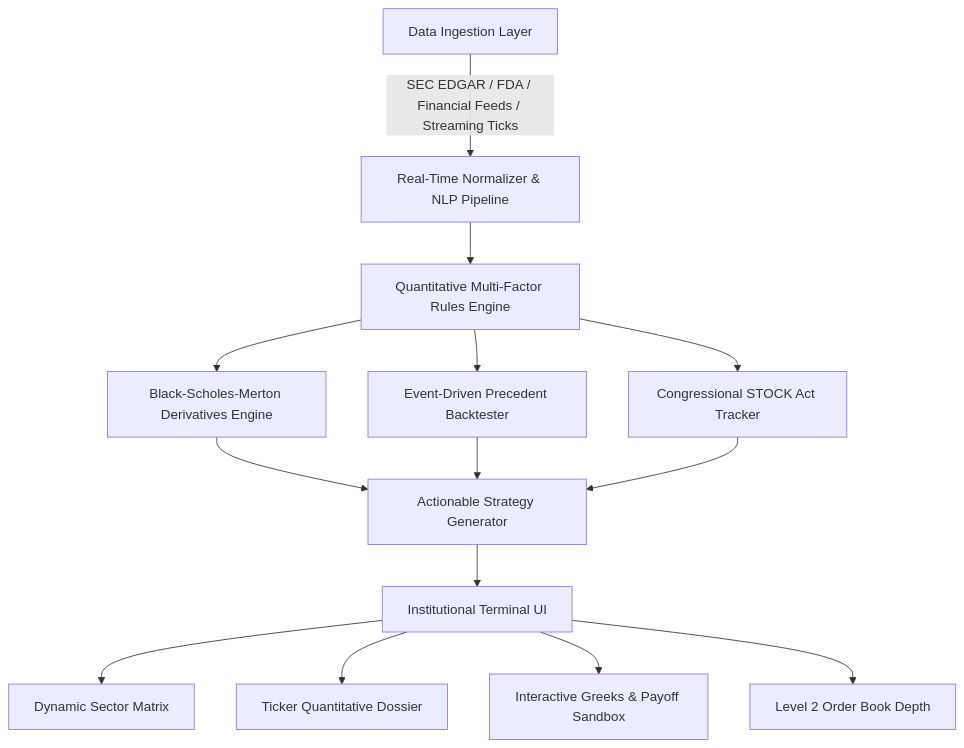
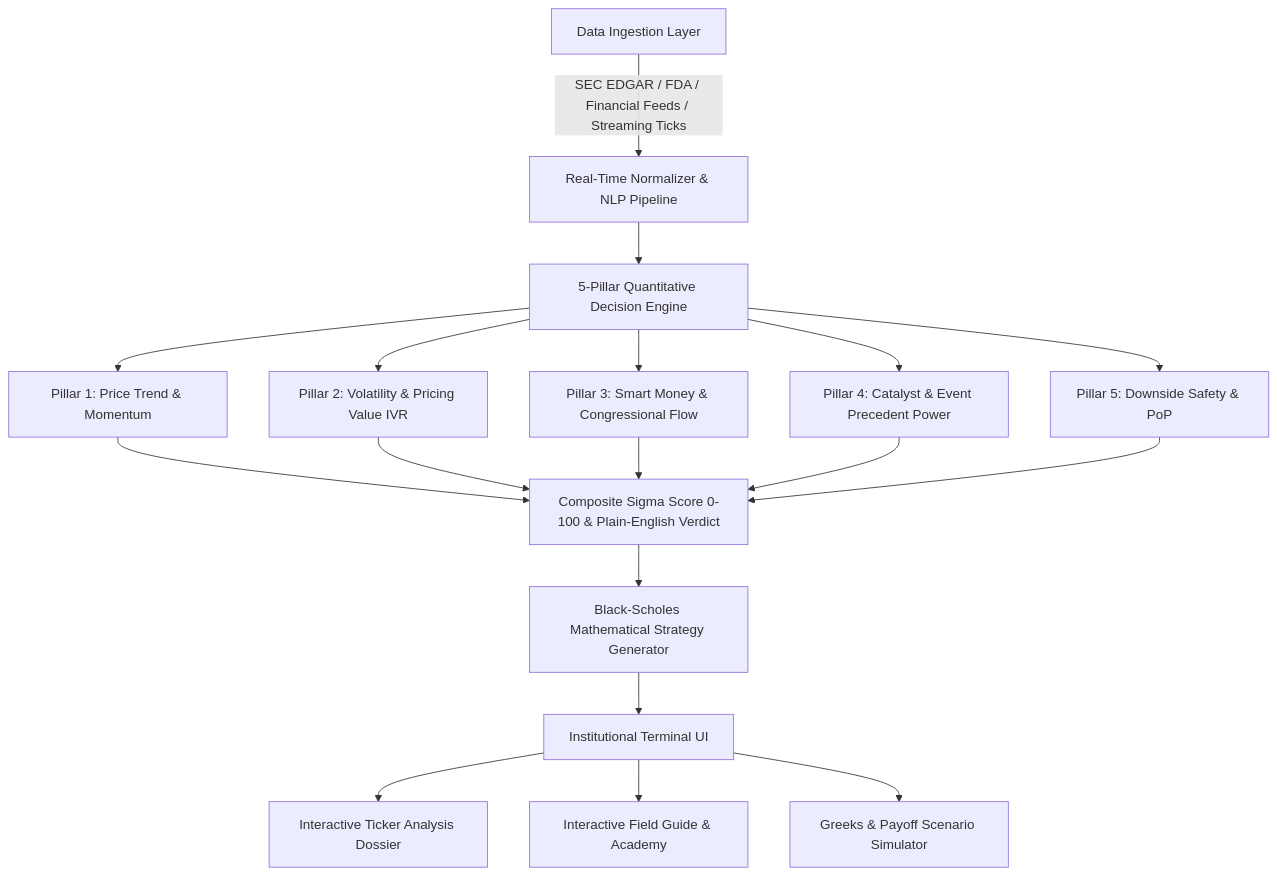
The diagram in docs/ARCHITECTURE_AND_DATA_FLOW.md (teja1989/sigmapulse), drawn with Mermaid before and after one commit. The commit also changed other lines of this file and 5 other files, not shown here.

Commit message:
feat: implement 5-Pillar Decision Framework, layman plain-English summaries, and interactive field guide academy

````diff
--- a/docs/ARCHITECTURE_AND_DATA_FLOW.md
+++ b/docs/ARCHITECTURE_AND_DATA_FLOW.md
@@ -7,19 +7,19 @@
 ```mermaid
 graph TD
     A[Data Ingestion Layer] -->|SEC EDGAR / FDA / Financial Feeds / Streaming Ticks| B[Real-Time Normalizer & NLP Pipeline]
-    B --> C[Quantitative Multi-Factor Rules Engine]
+    B --> C[5-Pillar Quantitative Decision Engine]
     
-    C --> D[Black-Scholes-Merton Derivatives Engine]
-    C --> E[Event-Driven Precedent Backtester]
-    C --> F[Congressional STOCK Act Tracker]
+    C --> P1[Pillar 1: Price Trend & Momentum]
+    C --> P2[Pillar 2: Volatility & Pricing Value IVR]
+    C --> P3[Pillar 3: Smart Money & Congressional Flow]
+    C --> P4[Pillar 4: Catalyst & Event Precedent Power]
+    C --> P5[Pillar 5: Downside Safety & PoP]
     
-    D --> G[Actionable Strategy Generator]
-    E --> G
-    F --> G
+    P1 & P2 & P3 & P4 & P5 --> D[Composite Sigma Score 0-100 & Plain-English Verdict]
+    D --> E[Black-Scholes Mathematical Strategy Generator]
     
-    G --> H[Institutional Terminal UI]
-    H --> I[Dynamic Sector Matrix]
-    H --> J[Ticker Quantitative Dossier]
-    H --> K[Interactive Greeks & Payoff Sandbox]
-    H --> L[Level 2 Order Book Depth]
+    E --> F[Institutional Terminal UI]
+    F --> G[Interactive Ticker Analysis Dossier]
+    F --> H[Interactive Field Guide & Academy]
+    F --> I[Greeks & Payoff Scenario Simulator]
 ```
````
